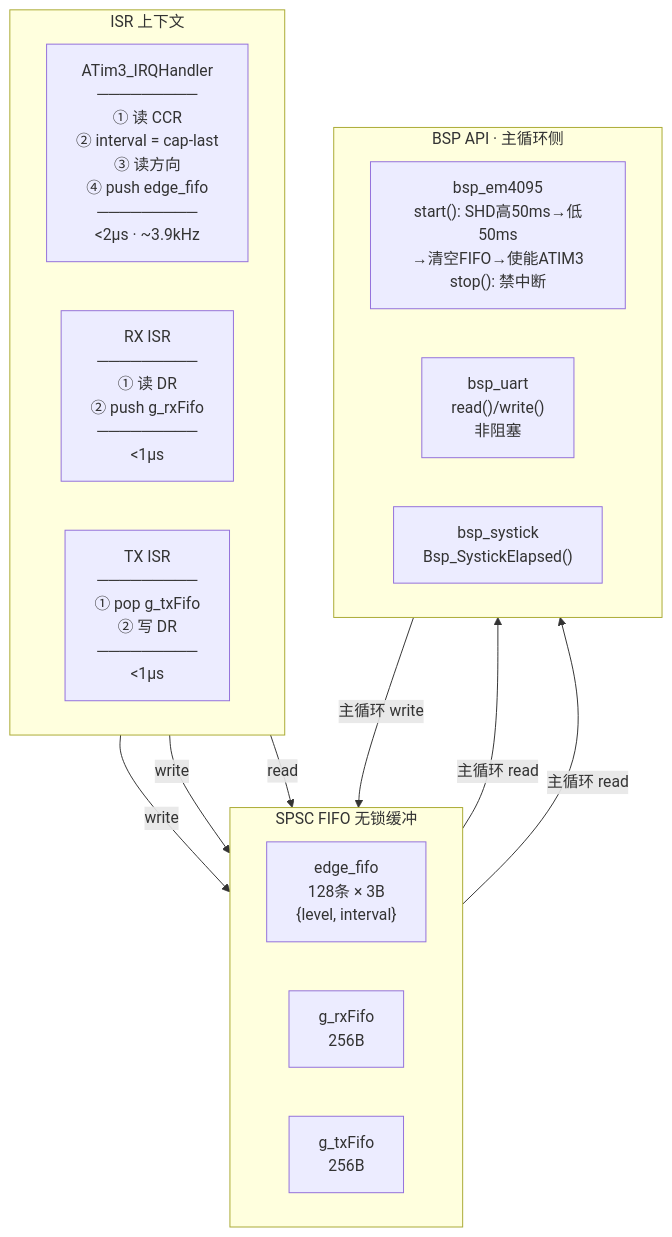
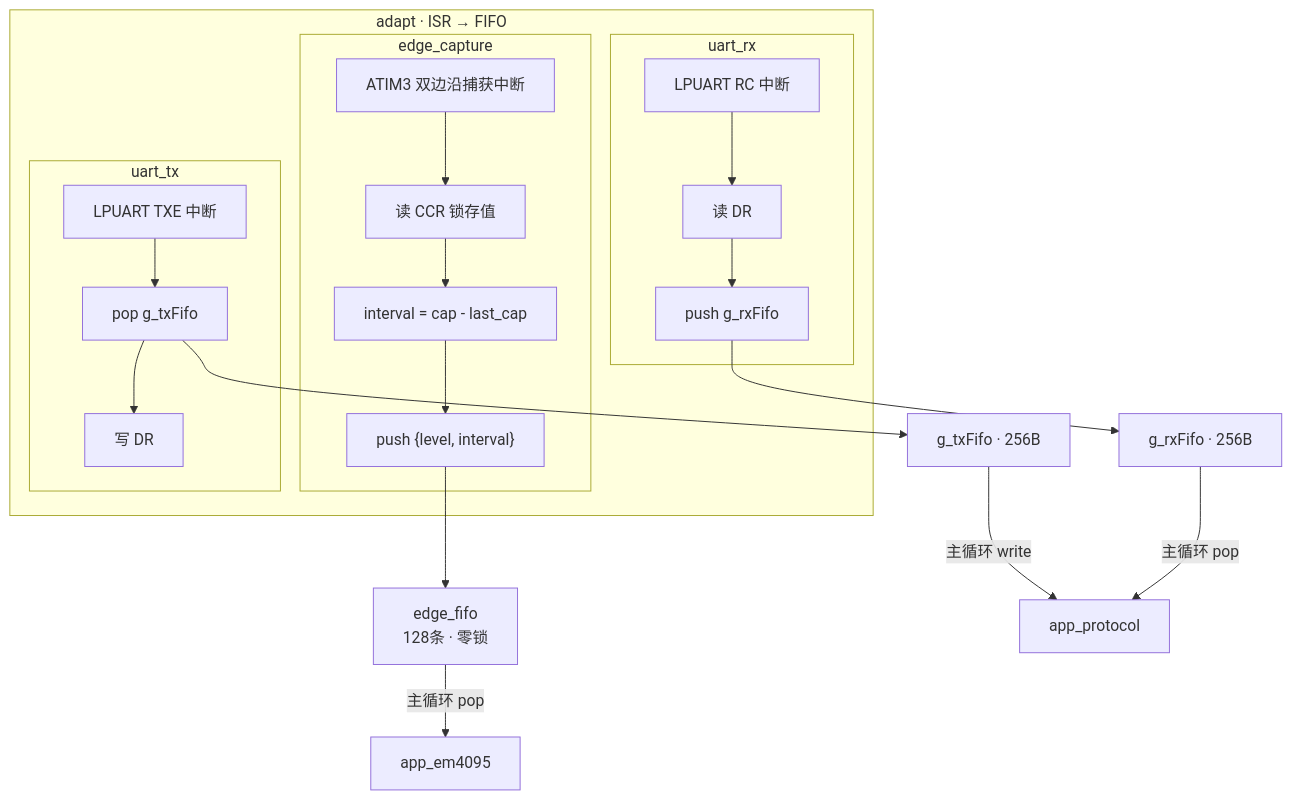
One commit to Siaiai/ObsidianNote changed the seventh of 10 diagrams in 工作/SR3读卡器/260802SR3读卡器架构.md. Above: the diagram before and after it, drawn with Mermaid. The commit also changed other lines of this file, not shown here.

````diff
--- a/工作/SR3读卡器/260802SR3读卡器架构.md
+++ b/工作/SR3读卡器/260802SR3读卡器架构.md
@@ -630,30 +341,34 @@
 ```mermaid
 flowchart TD
-    subgraph FIFO["SPSC FIFO 无锁缓冲"]
-        direction LR
-        F3["edge_fifo<br/>128条 × 3B<br/>{level, interval}"]
-        F1["g_rxFifo<br/>256B"]
-        F2["g_txFifo<br/>256B"]
+    subgraph ADAPT["adapt · ISR → FIFO"]
+        subgraph CAP["edge_capture"]
+            C1["ATIM3 双边沿捕获中断"]
+            C2["读 CCR 锁存值"]
+            C3["interval = cap - last_cap"]
+            C4["push {level, interval}"]
+            C1 --> C2 --> C3 --> C4
+        end
+
+        subgraph UART_RX["uart_rx"]
+            U1["LPUART RC 中断"]
+            U2["读 DR"]
+            U3["push g_rxFifo"]
+            U1 --> U2 --> U3
+        end
+
+        subgraph UART_TX["uart_tx"]
+            T1["LPUART TXE 中断"]
+            T2["pop g_txFifo"]
+            T3["写 DR"]
+            T1 --> T2 --> T3
+        end
     end
 
-    subgraph ISR["ISR 上下文"]
-        direction LR
-        ISR_EM["ATim3_IRQHandler<br/>─────────<br/>① 读 CCR<br/>② interval = cap-last<br/>③ 读方向<br/>④ push edge_fifo<br/>─────────<br/><2µs · ~3.9kHz"]
-        ISR_RX["RX ISR<br/>─────────<br/>① 读 DR<br/>② push g_rxFifo<br/>─────────<br/><1µs"]
-        ISR_TX["TX ISR<br/>─────────<br/>① pop g_txFifo<br/>② 写 DR<br/>─────────<br/><1µs"]
-    end
+    C4 --> EF["edge_fifo<br/>128条 · 零锁"]
+    U3 --> RF["g_rxFifo · 256B"]
+    T2 --> TF["g_txFifo · 256B"]
 
-    subgraph API["BSP API · 主循环侧"]
-        BSP_EM["bsp_em4095<br/>start(): SHD高50ms→低50ms<br/>→清空FIFO→使能ATIM3<br/>stop(): 禁中断"]
-        BSP_UART["bsp_uart<br/>read()/write()<br/>非阻塞"]
-        BSP_TICK["bsp_systick<br/>Bsp_SystickElapsed()"]
-    end
-
-    ISR_EM -->|"write"| F3
-    ISR_RX -->|"write"| F1
-    ISR_TX -->|"read"| F2
-
-    F3 -->|"主循环 read"| API
-    F1 -->|"主循环 read"| API
-    API -->|"主循环 write"| F2
+    EF -->|"主循环 pop"| APP_EM["app_em4095"]
+    RF -->|"主循环 pop"| APP_PT["app_protocol"]
+    TF -->|"主循环 write"| APP_PT
 ```
````
